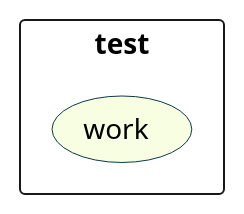
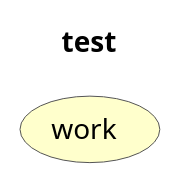
Before and after one commit to jawira/phing-visualizer: the diagram in resources/puml/gist-nfabre.puml, drawn with PlantUML. The commit also changed 5 other files, not shown here.

```diff
--- a/resources/puml/gist-nfabre.puml
+++ b/resources/puml/gist-nfabre.puml
@@ -1,16 +1,20 @@
 @startuml
 
+title test
+hide stereotype
 skinparam Arrow {
-Color #0C3A49
-FontColor #3787A6
+Color #555555
+FontColor #555555
 }
 skinparam UseCase {
-BackgroundColor #F7FEE1
-BorderColor #0C3A49
+BackgroundColor #FFFFCC
+BorderColor #555555
 }
 
-rectangle "test" {
-(work)
+skinparam UseCase {
+BackgroundColor<< test >> #FFFFCC
 }
+(work)<< test >>
+
 
 @enduml
```
